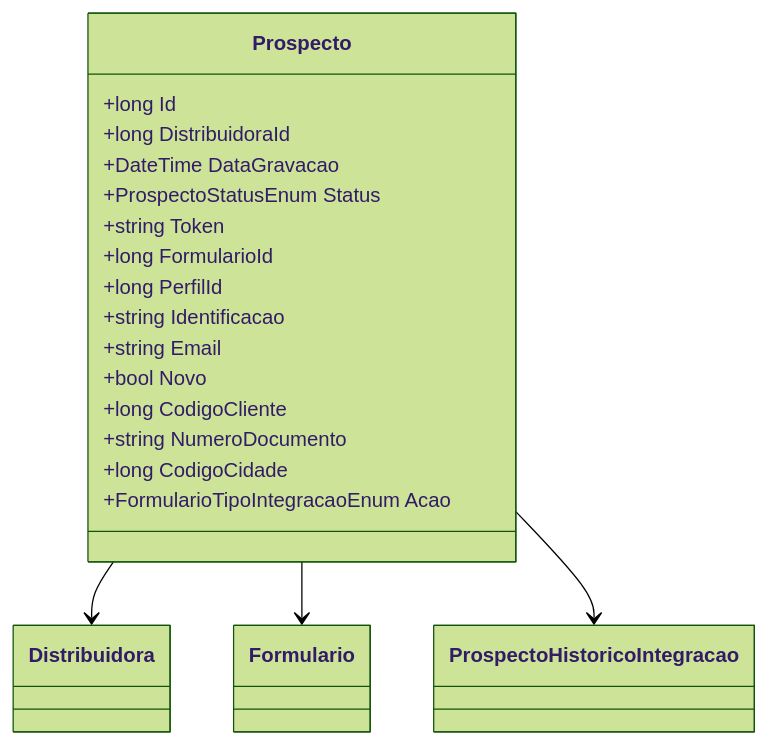
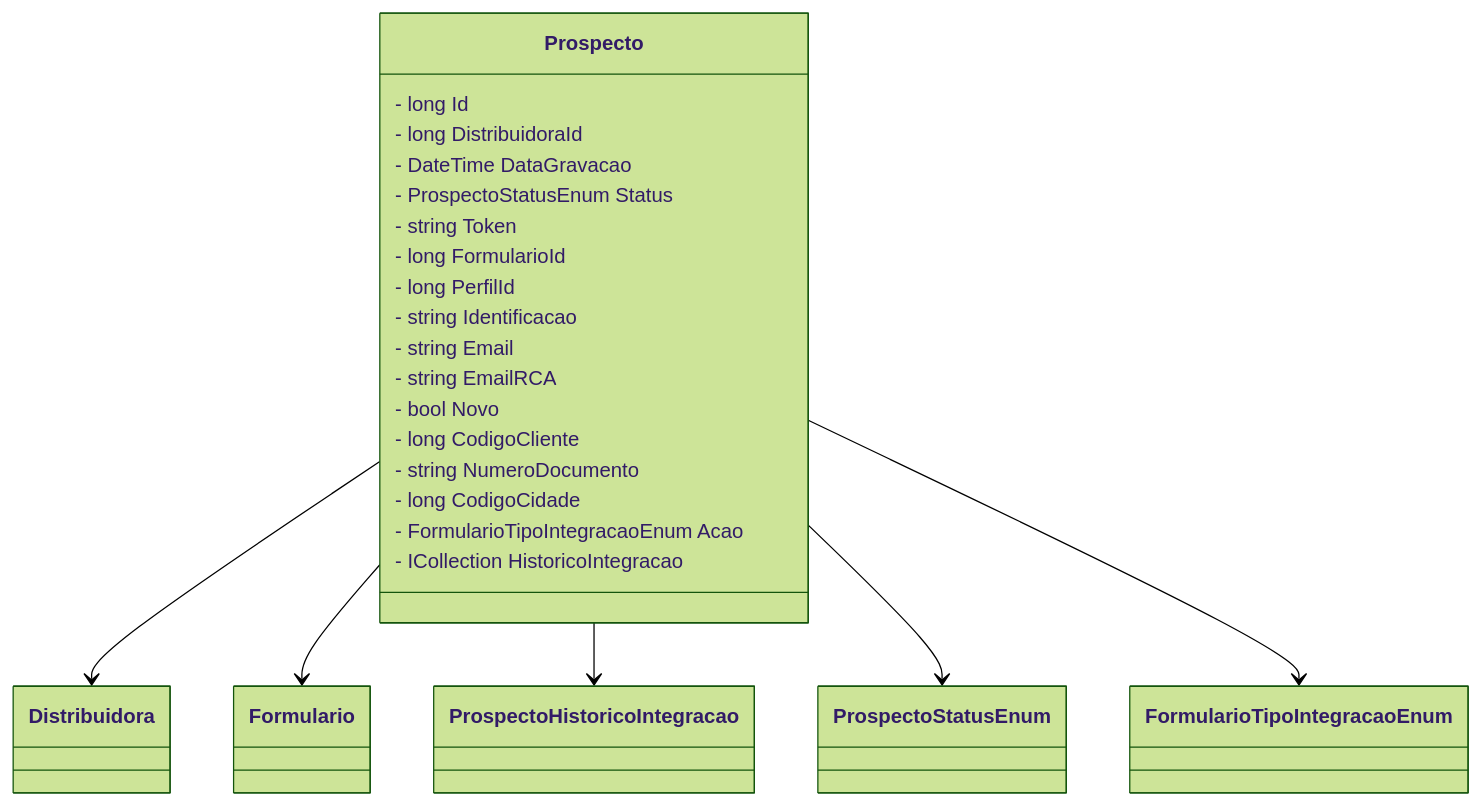
Before and after one commit to IsthmusSistemas/documentacao-tecnica: the second of 2 diagrams in docs/b2b-dominio/IsthmusWinthor.Nucleo/IsthmusWinthor.Dominio/Entidades/Prospecto.md, drawn with Mermaid (forest theme). The commit also changed other lines of this file and 882 other files, not shown here.

````diff
--- a/docs/b2b-dominio/IsthmusWinthor.Nucleo/IsthmusWinthor.Dominio/Entidades/Prospecto.md
+++ b/docs/b2b-dominio/IsthmusWinthor.Nucleo/IsthmusWinthor.Dominio/Entidades/Prospecto.md
@@ -51,22 +50,27 @@
 ```mermaid
 classDiagram
     class Prospecto {
-        +long Id
-        +long DistribuidoraId
-        +DateTime DataGravacao
-        +ProspectoStatusEnum Status
-        +string Token
-        +long FormularioId
-        +long PerfilId
-        +string Identificacao
-        +string Email
-        +bool Novo
-        +long CodigoCliente
-        +string NumeroDocumento
-        +long CodigoCidade
-        +FormularioTipoIntegracaoEnum Acao
+        - long Id
+        - long DistribuidoraId
+        - DateTime DataGravacao
+        - ProspectoStatusEnum Status
+        - string Token
+        - long FormularioId
+        - long PerfilId
+        - string Identificacao
+        - string Email
+        - string EmailRCA
+        - bool Novo
+        - long CodigoCliente
+        - string NumeroDocumento
+        - long CodigoCidade
+        - FormularioTipoIntegracaoEnum Acao
+        - ICollection<ProspectoHistoricoIntegracao> HistoricoIntegracao
     }
+    
     Prospecto --> Distribuidora
     Prospecto --> Formulario
     Prospecto --> ProspectoHistoricoIntegracao
-``` 
+    Prospecto --> ProspectoStatusEnum
+    Prospecto --> FormularioTipoIntegracaoEnum
+```
````
